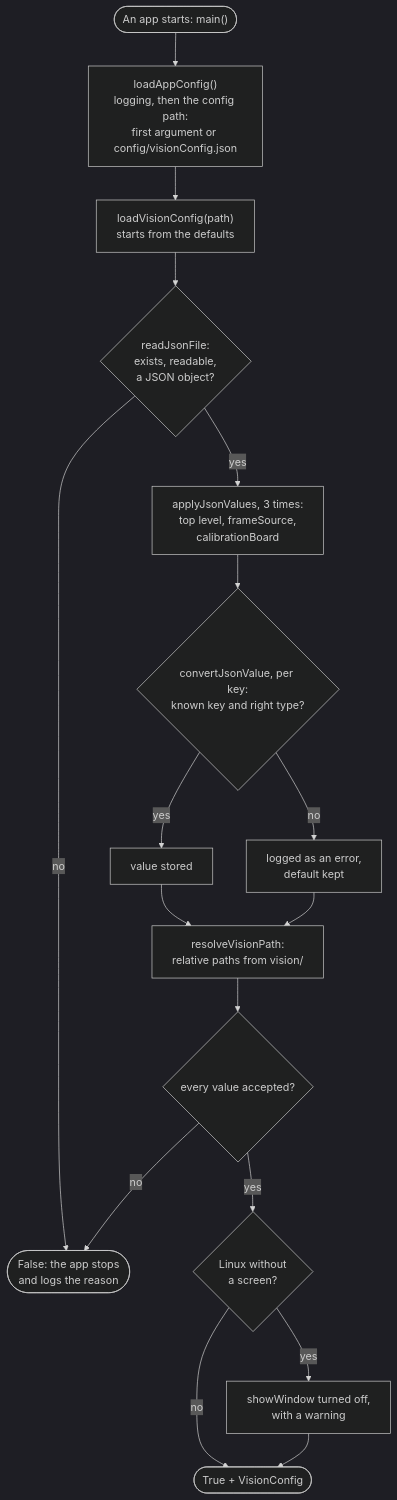
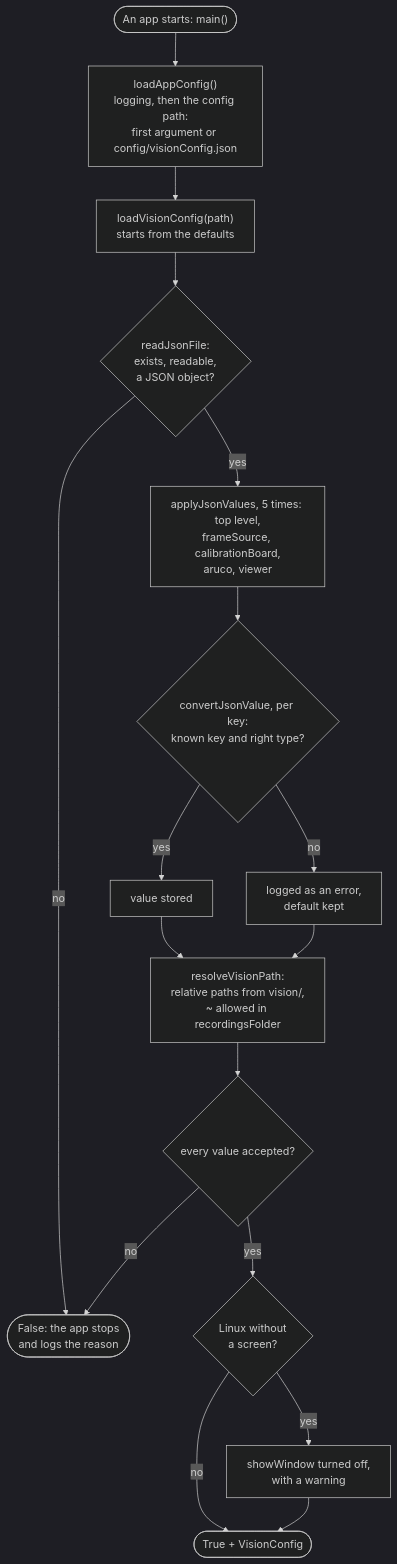
The fourth of 8 diagrams in docs/vision/howVisionWorks.md (Basbat-net/BotQueValeUnEuro), drawn with Mermaid (dark theme) before and after one commit. The commit also changed other lines of this file, not shown here.

Commit message:
Actualizo el diagrama de cómo funciona la visión

````diff
--- a/docs/vision/howVisionWorks.md
+++ b/docs/vision/howVisionWorks.md
@@ -115,19 +118,19 @@
 ```mermaid
 flowchart TD
     start(["An app starts: main()"]) --> appConfig["loadAppConfig()<br/>logging, then the config path:<br/>first argument or config/visionConfig.json"]
     appConfig --> loadConfig["loadVisionConfig(path)<br/>starts from the defaults"]
     loadConfig --> readJson{"readJsonFile:<br/>exists, readable,<br/>a JSON object?"}
     readJson -- "no" --> failed(["False: the app stops<br/>and logs the reason"])
-    readJson -- "yes" --> apply["applyJsonValues, 3 times:<br/>top level, frameSource,<br/>calibrationBoard"]
+    readJson -- "yes" --> apply["applyJsonValues, 5 times: top level,<br/>frameSource, calibrationBoard,<br/>aruco, viewer"]
     apply --> convert{"convertJsonValue, per key:<br/>known key and right type?"}
     convert -- "yes" --> stored["value stored"]
     convert -- "no" --> rejected["logged as an error,<br/>default kept"]
-    stored --> paths["resolveVisionPath:<br/>relative paths from vision/"]
+    stored --> paths["resolveVisionPath:<br/>relative paths from vision/,<br/>~ allowed in recordingsFolder"]
     rejected --> paths
     paths --> valid{"every value accepted?"}
     valid -- "no" --> failed
     valid -- "yes" --> screen{"Linux without<br/>a screen?"}
     screen -- "yes" --> noWindow["showWindow turned off,<br/>with a warning"]
     screen -- "no" --> ready(["True + VisionConfig"])
     noWindow --> ready
 ```
````
